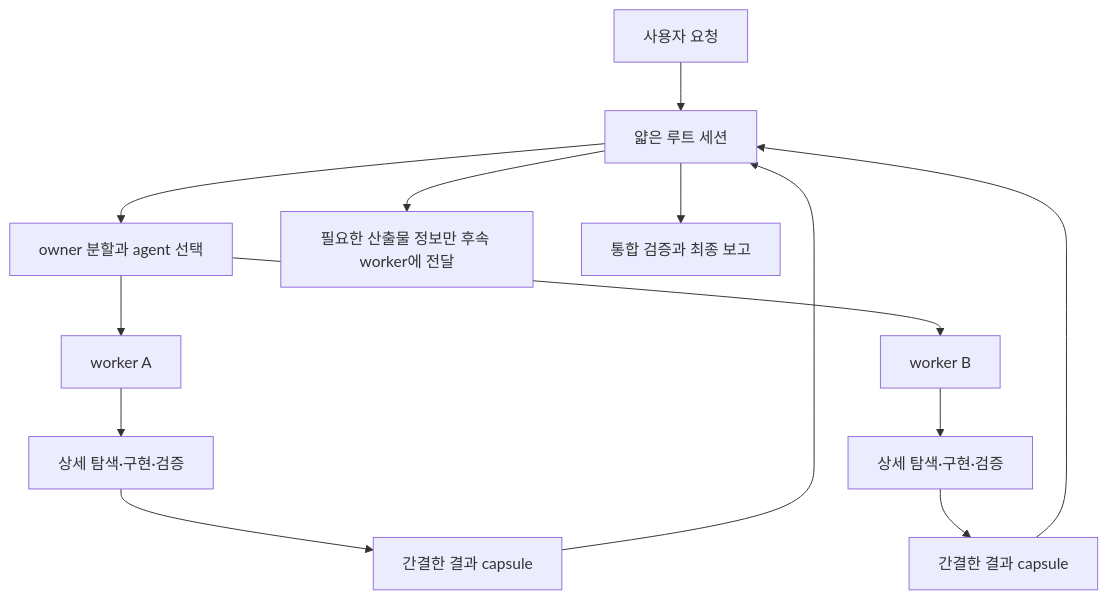
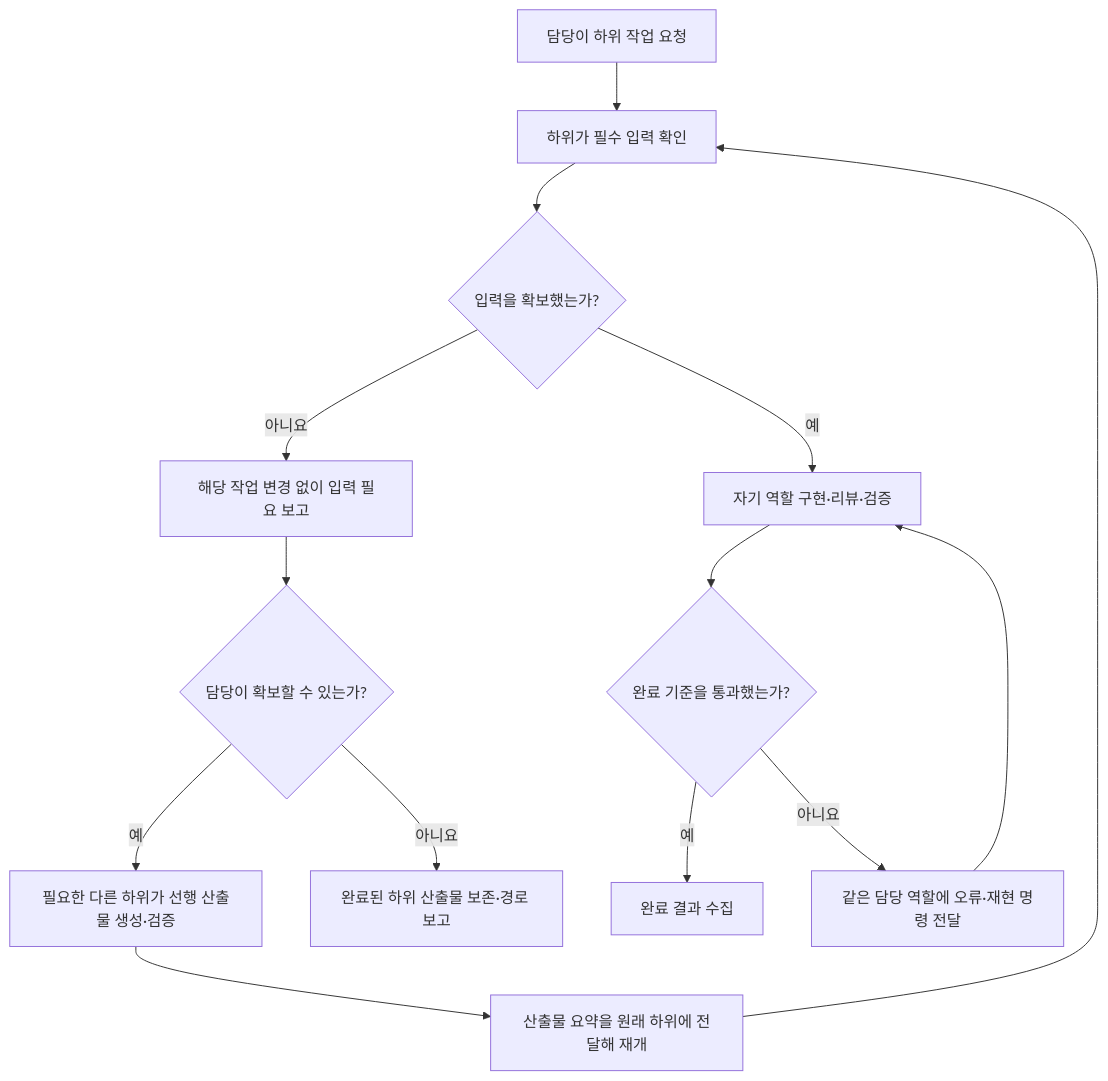
Before and after one commit to kimjoongwon/prj-core: the second of 2 diagrams in docs/orchestration-agent-relationship-flow.md, drawn with Mermaid. The commit also changed other lines of this file and 84 other files, not shown here.

````diff
--- a/docs/orchestration-agent-relationship-flow.md
+++ b/docs/orchestration-agent-relationship-flow.md
@@ -41,15 +65,16 @@
 ```mermaid
 flowchart TD
-  U["사용자 요청"] --> R["얇은 루트 세션"]
-  R --> O["owner 분할과 agent 선택"]
-  O --> W1["worker A"]
-  O --> W2["worker B"]
-  W1 --> S1["상세 탐색·구현·검증"]
-  W2 --> S2["상세 탐색·구현·검증"]
-  S1 --> C1["간결한 결과 capsule"]
-  S2 --> C2["간결한 결과 capsule"]
-  C1 --> R
-  C2 --> R
-  R --> N["필요한 산출물 정보만 후속 worker에 전달"]
-  R --> F["통합 검증과 최종 보고"]
+  A["담당이 하위 작업 요청"] --> B["하위가 필수 입력 확인"]
+  B --> C{"입력을 확보했는가?"}
+  C -->|"예"| D["자기 역할 구현·리뷰·검증"]
+  C -->|"아니요"| E["해당 작업 변경 없이 입력 필요 보고"]
+  E --> F{"담당이 확보할 수 있는가?"}
+  F -->|"예"| G["필요한 다른 하위가 선행 산출물 생성·검증"]
+  G --> H["산출물 요약을 원래 하위에 전달해 재개"]
+  H --> B
+  F -->|"아니요"| I["완료된 하위 산출물 보존·경로 보고"]
+  D --> J{"완료 기준을 통과했는가?"}
+  J -->|"예"| K["완료 결과 수집"]
+  J -->|"아니요"| L["같은 담당 역할에 오류·재현 명령 전달"]
+  L --> D
 ```
````
